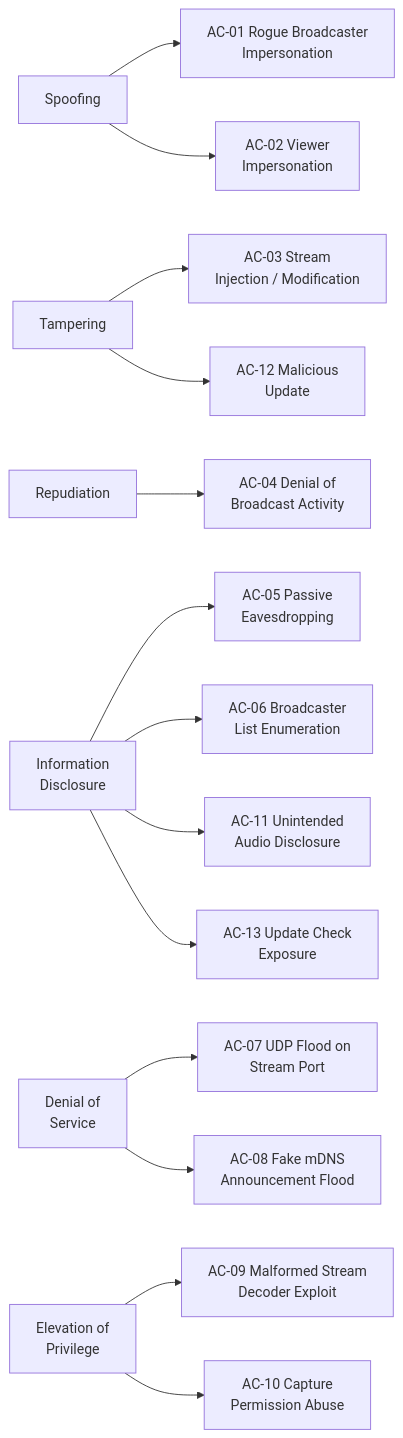
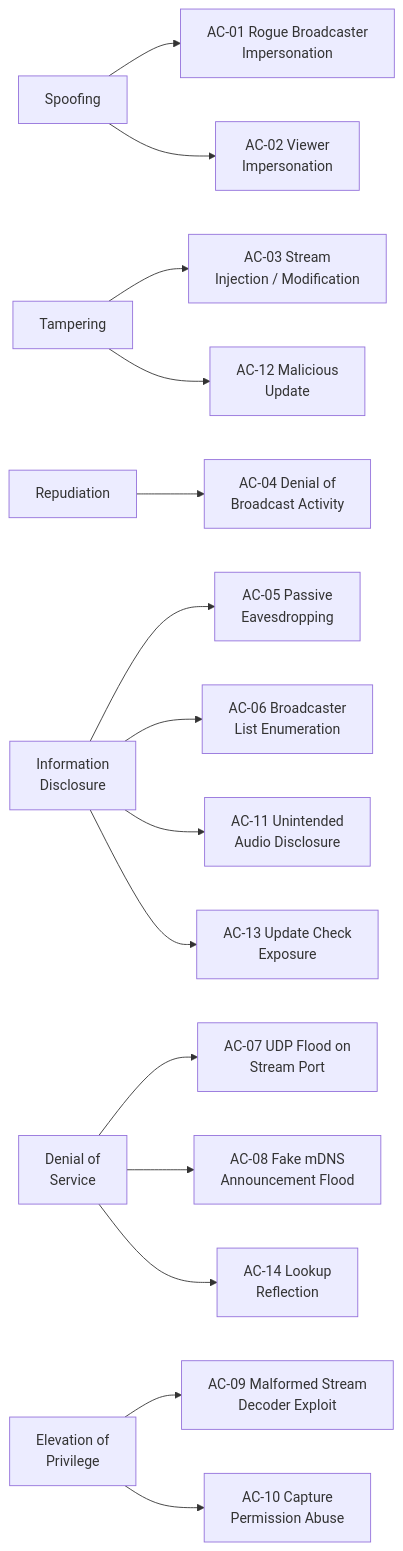
The first of 2 diagrams in docs/abuse-cases.md (gventino/peeroxide), drawn with Mermaid before and after one commit. The commit also changed other lines of this file and 3 other files, not shown here.

````diff
--- a/docs/abuse-cases.md
+++ b/docs/abuse-cases.md
@@ -5,21 +5,22 @@
 ```mermaid
 flowchart LR
     S["Spoofing"] --> AC01["AC-01 Rogue Broadcaster<br/>Impersonation"]
     S --> AC02["AC-02 Viewer<br/>Impersonation"]
 
     T["Tampering"] --> AC03["AC-03 Stream<br/>Injection / Modification"]
     T --> AC12["AC-12 Malicious<br/>Update"]
 
     R["Repudiation"] --> AC04["AC-04 Denial of<br/>Broadcast Activity"]
 
     I["Information<br/>Disclosure"] --> AC05["AC-05 Passive<br/>Eavesdropping"]
     I --> AC06["AC-06 Broadcaster<br/>List Enumeration"]
     I --> AC11["AC-11 Unintended<br/>Audio Disclosure"]
     I --> AC13["AC-13 Update Check<br/>Exposure"]
 
     D["Denial of<br/>Service"] --> AC07["AC-07 UDP Flood on<br/>Stream Port"]
     D --> AC08["AC-08 Fake mDNS<br/>Announcement Flood"]
+    D --> AC14["AC-14 Lookup<br/>Reflection"]
 
     E["Elevation of<br/>Privilege"] --> AC09["AC-09 Malformed Stream<br/>Decoder Exploit"]
     E --> AC10["AC-10 Capture<br/>Permission Abuse"]
 ```
````
